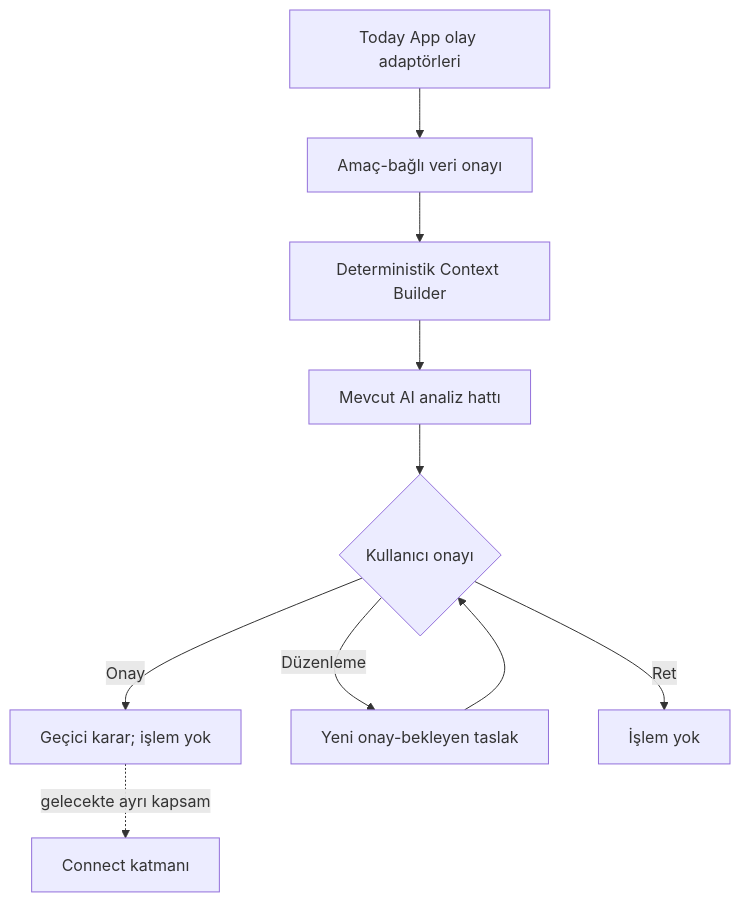
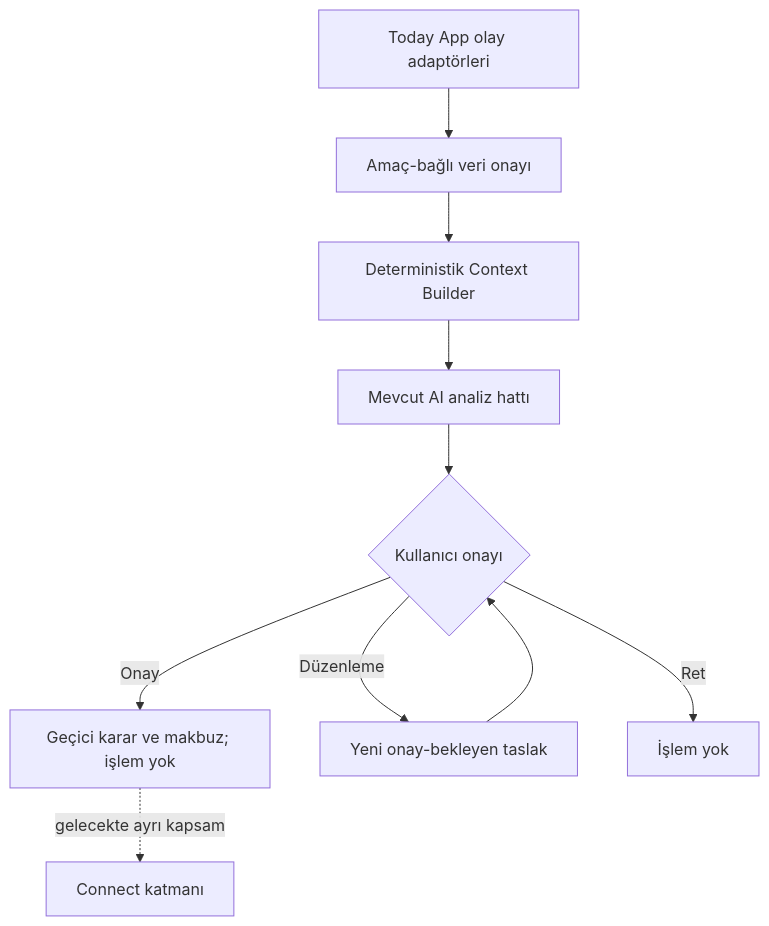
One commit to mtayfunturk-collab/Today changed the diagram in Today-AI-Engine/docs/ARCHITECTURE.md. Above: the diagram before and after it, drawn with Mermaid. The commit also changed other lines of this file and 7 other files, not shown here.

````diff
--- a/Today-AI-Engine/docs/ARCHITECTURE.md
+++ b/Today-AI-Engine/docs/ARCHITECTURE.md
@@ -23,12 +25,12 @@
 ```mermaid
 flowchart TD
   A["Today App olay adaptörleri"] --> B["Amaç-bağlı veri onayı"]
   B --> C["Deterministik Context Builder"]
   C --> D["Mevcut AI analiz hattı"]
   D --> E{"Kullanıcı onayı"}
-  E -->|"Onay"| F["Geçici karar; işlem yok"]
+  E -->|"Onay"| F["Geçici karar ve makbuz; işlem yok"]
   E -->|"Düzenleme"| H["Yeni onay-bekleyen taslak"]
   H --> E
   E -->|"Ret"| G["İşlem yok"]
   F -. "gelecekte ayrı kapsam" .-> I["Connect katmanı"]
 ```
````
